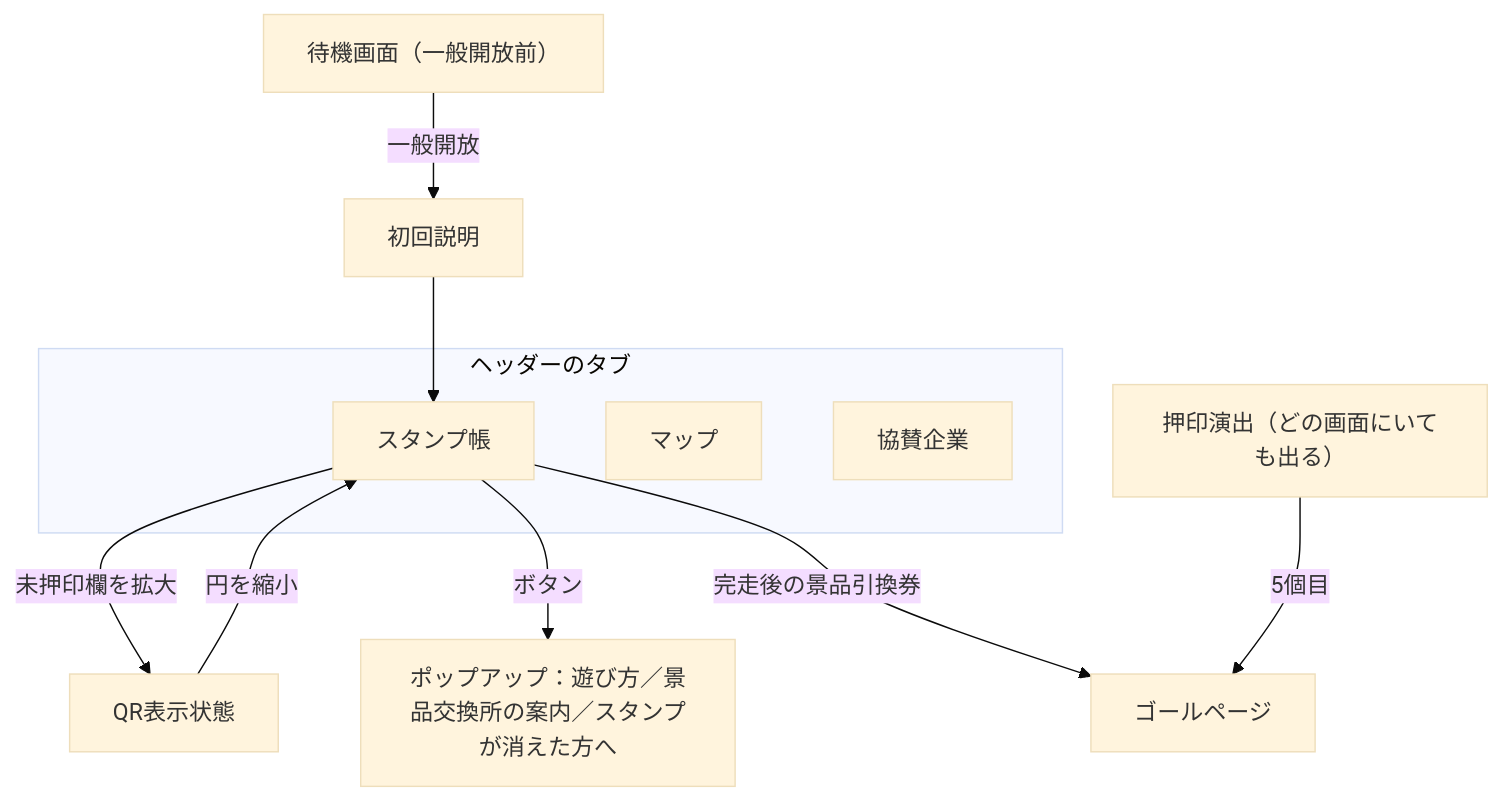
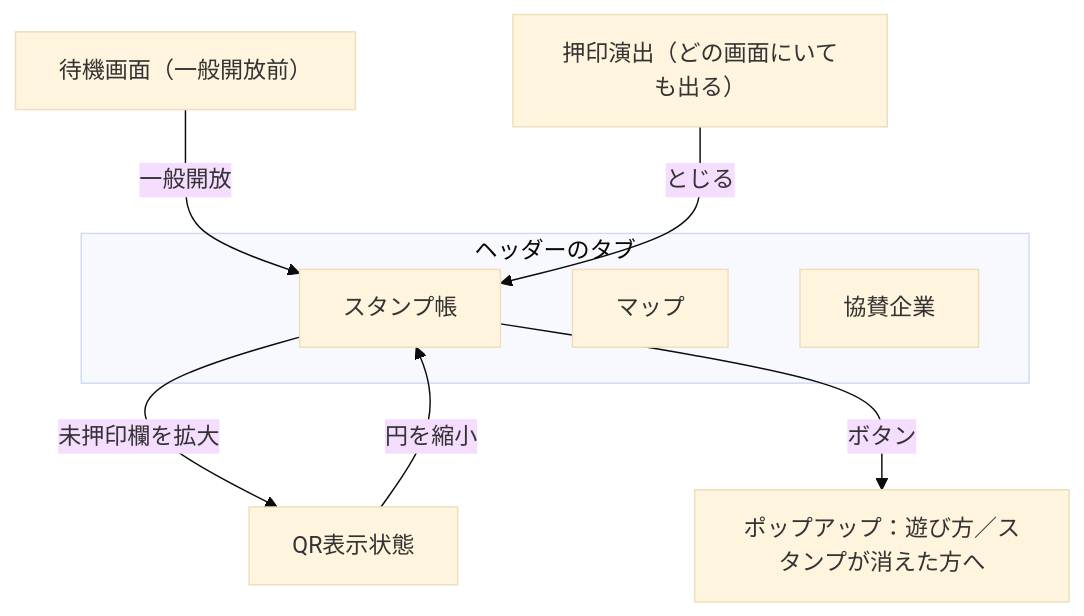
Before and after one commit to Shun523/HCD-Stamp-Rally-2026: the diagram in docs/design.md, drawn with Mermaid (base theme). The commit also changed other lines of this file and 6 other files, not shown here.

````diff
--- a/docs/design.md
+++ b/docs/design.md
@@ -23,15 +24,13 @@
 ```mermaid
 flowchart TD
-  wait[待機画面（一般開放前）] -- 一般開放 --> first
-  first[初回説明] --> book
+  wait[待機画面（一般開放前）] -- 一般開放 --> book
   subgraph tabs[ヘッダーのタブ]
     book[スタンプ帳]
     map[マップ]
     sponsor[協賛企業]
   end
   book -- 未押印欄を拡大 --> qr[QR表示状態]
   qr -- 円を縮小 --> book
-  book -- ボタン --> pop[ポップアップ：遊び方／景品交換所の案内／スタンプが消えた方へ]
-  book -- 完走後の景品引換券 --> goal[ゴールページ]
-  overlay[押印演出（どの画面にいても出る）] -- 5個目 --> goal
+  book -- ボタン --> pop[ポップアップ：遊び方／スタンプが消えた方へ]
+  overlay[押印演出（どの画面にいても出る）] -- とじる --> book
 ```
````
